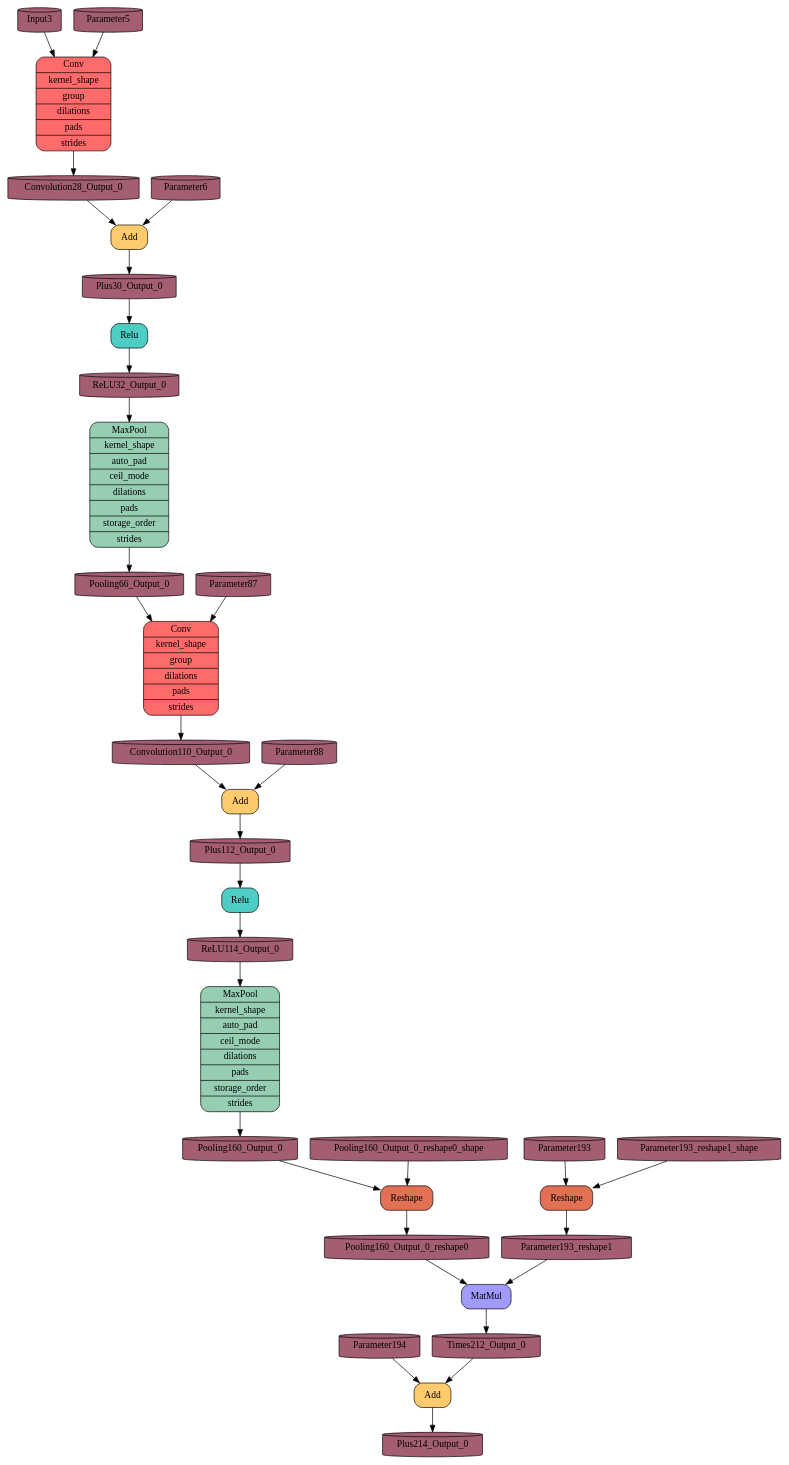
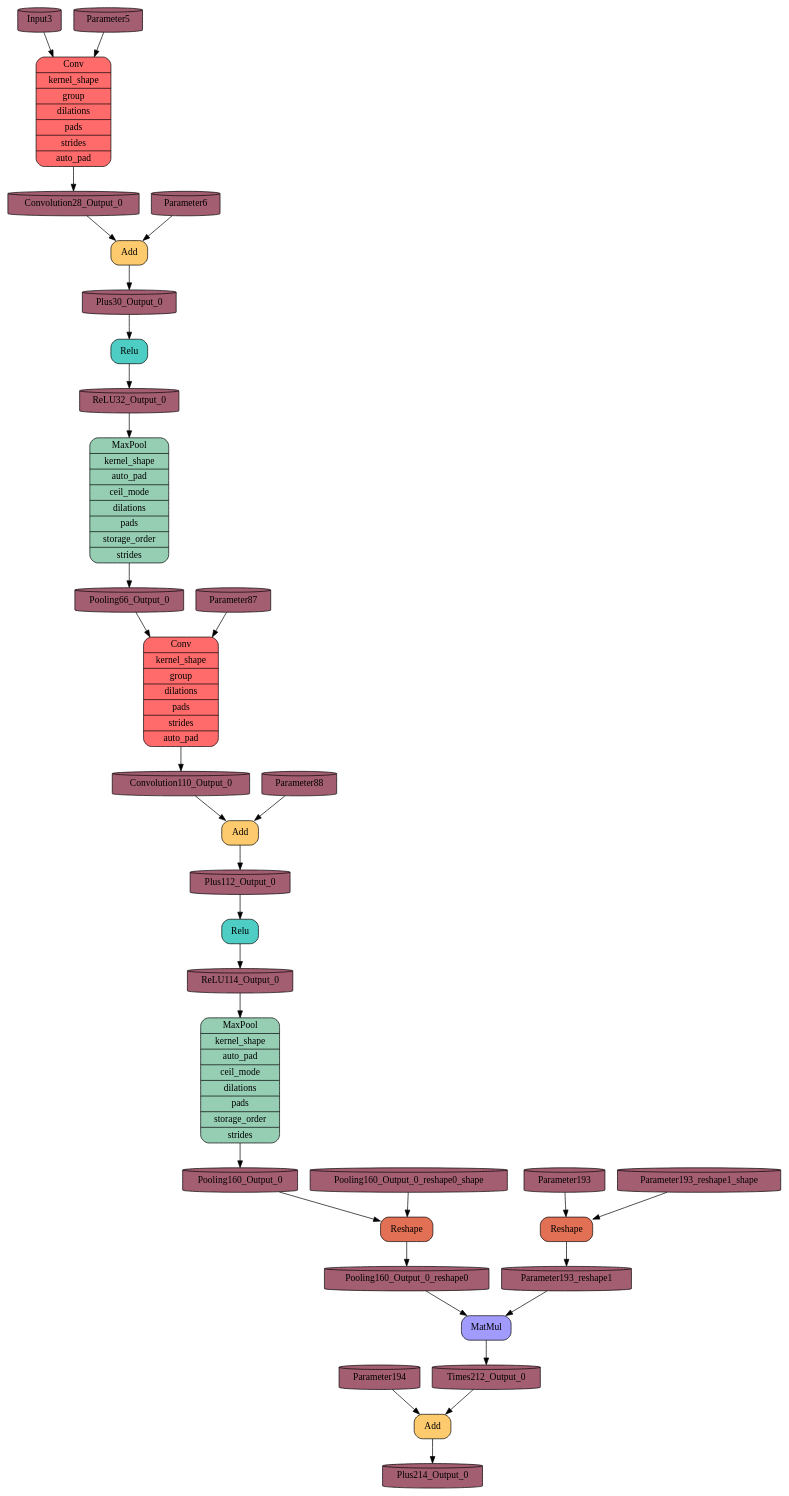
Before and after one commit to Barkir/BebraTensor: the diagram in dot/mnist-8.dot, drawn with Graphviz. The commit also changed 5 other files, not shown here.

```diff
--- a/dot/mnist-8.dot
+++ b/dot/mnist-8.dot
@@ -1,102 +1,104 @@
 digraph{
-node0x19d2c1d0["label"="{Reshape}",shape=Mrecord style=filled, fillcolor="#E17055"]
+node0x61813d0["label"="{Reshape}",shape=Mrecord style=filled, fillcolor="#E17055"]
 tensorParameter193[label=Parameter193, shape=cylinder, style=filled, fillcolor="#A45E72"]
-tensorParameter193->node0x19d2c1d0
+tensorParameter193->node0x61813d0
 tensorParameter193_reshape1_shape[label=Parameter193_reshape1_shape, shape=cylinder, style=filled, fillcolor="#A45E72"]
-tensorParameter193_reshape1_shape->node0x19d2c1d0
+tensorParameter193_reshape1_shape->node0x61813d0
 tensorParameter193_reshape1[label=Parameter193_reshape1, shape=cylinder, style=filled, fillcolor="#A45E72"]
-node0x19d2c1d0->tensorParameter193_reshape1
-node0x19d2c2f8["label"="{Conv|kernel_shape
+node0x61813d0->tensorParameter193_reshape1
+node0x6181510["label"="{Conv|kernel_shape
 |group
 |dilations
 |pads
 |strides
+|auto_pad
 }",shape=Mrecord style=filled, fillcolor="#FF6B6B"]
 tensorInput3[label=Input3, shape=cylinder, style=filled, fillcolor="#A45E72"]
-tensorInput3->node0x19d2c2f8
+tensorInput3->node0x6181510
 tensorParameter5[label=Parameter5, shape=cylinder, style=filled, fillcolor="#A45E72"]
-tensorParameter5->node0x19d2c2f8
+tensorParameter5->node0x6181510
 tensorConvolution28_Output_0[label=Convolution28_Output_0, shape=cylinder, style=filled, fillcolor="#A45E72"]
-node0x19d2c2f8->tensorConvolution28_Output_0
-node0x19d2c420["label"="{Add}",shape=Mrecord style=filled, fillcolor="#FDCB6E"]
+node0x6181510->tensorConvolution28_Output_0
+node0x6181650["label"="{Add}",shape=Mrecord style=filled, fillcolor="#FDCB6E"]
 tensorConvolution28_Output_0[label=Convolution28_Output_0, shape=cylinder, style=filled, fillcolor="#A45E72"]
-tensorConvolution28_Output_0->node0x19d2c420
+tensorConvolution28_Output_0->node0x6181650
 tensorParameter6[label=Parameter6, shape=cylinder, style=filled, fillcolor="#A45E72"]
-tensorParameter6->node0x19d2c420
+tensorParameter6->node0x6181650
 tensorPlus30_Output_0[label=Plus30_Output_0, shape=cylinder, style=filled, fillcolor="#A45E72"]
-node0x19d2c420->tensorPlus30_Output_0
-node0x19d2c548["label"="{Relu}",shape=Mrecord style=filled, fillcolor="#4ECDC4"]
+node0x6181650->tensorPlus30_Output_0
+node0x6181790["label"="{Relu}",shape=Mrecord style=filled, fillcolor="#4ECDC4"]
 tensorPlus30_Output_0[label=Plus30_Output_0, shape=cylinder, style=filled, fillcolor="#A45E72"]
-tensorPlus30_Output_0->node0x19d2c548
+tensorPlus30_Output_0->node0x6181790
 tensorReLU32_Output_0[label=ReLU32_Output_0, shape=cylinder, style=filled, fillcolor="#A45E72"]
-node0x19d2c548->tensorReLU32_Output_0
-node0x19d2c670["label"="{MaxPool|kernel_shape
+node0x6181790->tensorReLU32_Output_0
+node0x61818d0["label"="{MaxPool|kernel_shape
 |auto_pad
 |ceil_mode
 |dilations
 |pads
 |storage_order
 |strides
 }",shape=Mrecord style=filled, fillcolor="#96CEB4"]
 tensorReLU32_Output_0[label=ReLU32_Output_0, shape=cylinder, style=filled, fillcolor="#A45E72"]
-tensorReLU32_Output_0->node0x19d2c670
+tensorReLU32_Output_0->node0x61818d0
 tensorPooling66_Output_0[label=Pooling66_Output_0, shape=cylinder, style=filled, fillcolor="#A45E72"]
-node0x19d2c670->tensorPooling66_Output_0
-node0x19d2c798["label"="{Conv|kernel_shape
+node0x61818d0->tensorPooling66_Output_0
+node0x6181a10["label"="{Conv|kernel_shape
 |group
 |dilations
 |pads
 |strides
+|auto_pad
 }",shape=Mrecord style=filled, fillcolor="#FF6B6B"]
 tensorPooling66_Output_0[label=Pooling66_Output_0, shape=cylinder, style=filled, fillcolor="#A45E72"]
-tensorPooling66_Output_0->node0x19d2c798
+tensorPooling66_Output_0->node0x6181a10
 tensorParameter87[label=Parameter87, shape=cylinder, style=filled, fillcolor="#A45E72"]
-tensorParameter87->node0x19d2c798
+tensorParameter87->node0x6181a10
 tensorConvolution110_Output_0[label=Convolution110_Output_0, shape=cylinder, style=filled, fillcolor="#A45E72"]
-node0x19d2c798->tensorConvolution110_Output_0
-node0x19d2c8c0["label"="{Add}",shape=Mrecord style=filled, fillcolor="#FDCB6E"]
+node0x6181a10->tensorConvolution110_Output_0
+node0x6181b50["label"="{Add}",shape=Mrecord style=filled, fillcolor="#FDCB6E"]
 tensorConvolution110_Output_0[label=Convolution110_Output_0, shape=cylinder, style=filled, fillcolor="#A45E72"]
-tensorConvolution110_Output_0->node0x19d2c8c0
+tensorConvolution110_Output_0->node0x6181b50
 tensorParameter88[label=Parameter88, shape=cylinder, style=filled, fillcolor="#A45E72"]
-tensorParameter88->node0x19d2c8c0
+tensorParameter88->node0x6181b50
 tensorPlus112_Output_0[label=Plus112_Output_0, shape=cylinder, style=filled, fillcolor="#A45E72"]
-node0x19d2c8c0->tensorPlus112_Output_0
-node0x19d2c9e8["label"="{Relu}",shape=Mrecord style=filled, fillcolor="#4ECDC4"]
+node0x6181b50->tensorPlus112_Output_0
+node0x6181c90["label"="{Relu}",shape=Mrecord style=filled, fillcolor="#4ECDC4"]
 tensorPlus112_Output_0[label=Plus112_Output_0, shape=cylinder, style=filled, fillcolor="#A45E72"]
-tensorPlus112_Output_0->node0x19d2c9e8
+tensorPlus112_Output_0->node0x6181c90
 tensorReLU114_Output_0[label=ReLU114_Output_0, shape=cylinder, style=filled, fillcolor="#A45E72"]
-node0x19d2c9e8->tensorReLU114_Output_0
-node0x19d2cb10["label"="{MaxPool|kernel_shape
+node0x6181c90->tensorReLU114_Output_0
+node0x6181dd0["label"="{MaxPool|kernel_shape
 |auto_pad
 |ceil_mode
 |dilations
 |pads
 |storage_order
 |strides
 }",shape=Mrecord style=filled, fillcolor="#96CEB4"]
 tensorReLU114_Output_0[label=ReLU114_Output_0, shape=cylinder, style=filled, fillcolor="#A45E72"]
-tensorReLU114_Output_0->node0x19d2cb10
+tensorReLU114_Output_0->node0x6181dd0
 tensorPooling160_Output_0[label=Pooling160_Output_0, shape=cylinder, style=filled, fillcolor="#A45E72"]
-node0x19d2cb10->tensorPooling160_Output_0
-node0x19d2cc38["label"="{Reshape}",shape=Mrecord style=filled, fillcolor="#E17055"]
+node0x6181dd0->tensorPooling160_Output_0
+node0x6181f10["label"="{Reshape}",shape=Mrecord style=filled, fillcolor="#E17055"]
 tensorPooling160_Output_0[label=Pooling160_Output_0, shape=cylinder, style=filled, fillcolor="#A45E72"]
-tensorPooling160_Output_0->node0x19d2cc38
+tensorPooling160_Output_0->node0x6181f10
 tensorPooling160_Output_0_reshape0_shape[label=Pooling160_Output_0_reshape0_shape, shape=cylinder, style=filled, fillcolor="#A45E72"]
-tensorPooling160_Output_0_reshape0_shape->node0x19d2cc38
+tensorPooling160_Output_0_reshape0_shape->node0x6181f10
 tensorPooling160_Output_0_reshape0[label=Pooling160_Output_0_reshape0, shape=cylinder, style=filled, fillcolor="#A45E72"]
-node0x19d2cc38->tensorPooling160_Output_0_reshape0
-node0x19d2cd60["label"="{MatMul}",shape=Mrecord style=filled, fillcolor="#A29BFE"]
+node0x6181f10->tensorPooling160_Output_0_reshape0
+node0x6182050["label"="{MatMul}",shape=Mrecord style=filled, fillcolor="#A29BFE"]
 tensorPooling160_Output_0_reshape0[label=Pooling160_Output_0_reshape0, shape=cylinder, style=filled, fillcolor="#A45E72"]
-tensorPooling160_Output_0_reshape0->node0x19d2cd60
+tensorPooling160_Output_0_reshape0->node0x6182050
 tensorParameter193_reshape1[label=Parameter193_reshape1, shape=cylinder, style=filled, fillcolor="#A45E72"]
-tensorParameter193_reshape1->node0x19d2cd60
+tensorParameter193_reshape1->node0x6182050
 tensorTimes212_Output_0[label=Times212_Output_0, shape=cylinder, style=filled, fillcolor="#A45E72"]
-node0x19d2cd60->tensorTimes212_Output_0
-node0x19d2ce88["label"="{Add}",shape=Mrecord style=filled, fillcolor="#FDCB6E"]
+node0x6182050->tensorTimes212_Output_0
+node0x6182190["label"="{Add}",shape=Mrecord style=filled, fillcolor="#FDCB6E"]
 tensorTimes212_Output_0[label=Times212_Output_0, shape=cylinder, style=filled, fillcolor="#A45E72"]
-tensorTimes212_Output_0->node0x19d2ce88
+tensorTimes212_Output_0->node0x6182190
 tensorParameter194[label=Parameter194, shape=cylinder, style=filled, fillcolor="#A45E72"]
-tensorParameter194->node0x19d2ce88
+tensorParameter194->node0x6182190
 tensorPlus214_Output_0[label=Plus214_Output_0, shape=cylinder, style=filled, fillcolor="#A45E72"]
-node0x19d2ce88->tensorPlus214_Output_0
+node0x6182190->tensorPlus214_Output_0
 }
```
